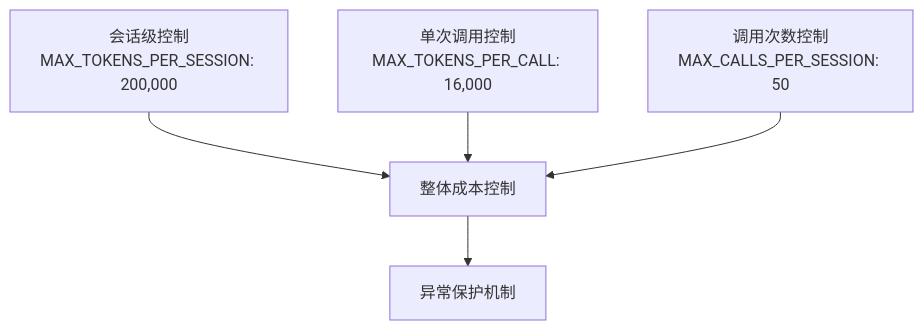
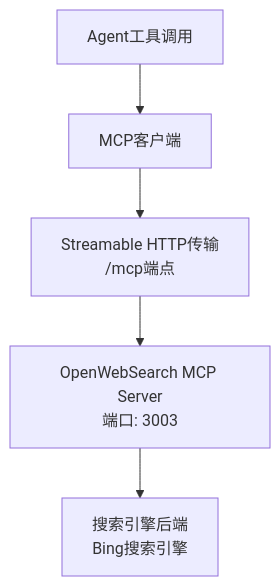
Before and after one commit to Miss-zhi/OfferPilot: the fifth of 6 diagrams in .qoder/repowiki/zh/content/系统技术架构总览.md, drawn with Mermaid. The commit also changed other lines of this file and 25 other files, not shown here.

````diff
--- a/.qoder/repowiki/zh/content/系统技术架构总览.md
+++ b/.qoder/repowiki/zh/content/系统技术架构总览.md
@@ -347,10 +270,12 @@
 ```mermaid
 graph TB
-SESSION["会话级控制<br/>MAX_TOKENS_PER_SESSION: 200,000"]
-CALL["单次调用控制<br/>MAX_TOKENS_PER_CALL: 16,000"]
-COUNT["调用次数控制<br/>MAX_CALLS_PER_SESSION: 50"]
-SESSION --> OVERALL["整体成本控制"]
-CALL --> OVERALL
-COUNT --> OVERALL
-OVERALL --> PROTECTION["异常保护机制"]
+AGENT["Agent工具调用"]
+MCP_CLIENT["MCP客户端"]
+STREAMABLE["Streamable HTTP传输<br/>/mcp端点"]
+WEB_SEARCH_MCP["OpenWebSearch MCP Server<br/>端口: 3003"]
+SEARCH_ENGINES["搜索引擎后端<br/>Bing搜索引擎"]
+AGENT --> MCP_CLIENT
+MCP_CLIENT --> STREAMABLE
+STREAMABLE --> WEB_SEARCH_MCP
+WEB_SEARCH_MCP --> SEARCH_ENGINES
 ```
````
